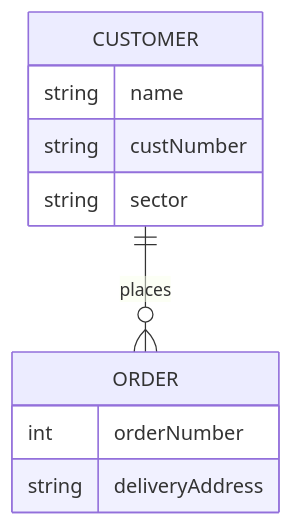
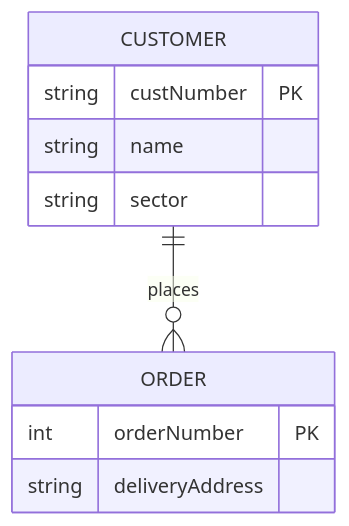
Before and after one commit to zi-ang-liu/jb-database: the third of 3 diagrams in database/contents/er_model/er_model.md, drawn with Mermaid.

````diff
--- a/database/contents/er_model/er_model.md
+++ b/database/contents/er_model/er_model.md
@@ -119,13 +119,13 @@
 ```{mermaid}
 erDiagram
     CUSTOMER ||--o{ ORDER : places
     CUSTOMER {
+        string custNumber PK
         string name
-        string custNumber
         string sector
     }
     ORDER {
-        int orderNumber
+        int orderNumber PK
         string deliveryAddress
     }
 ```
````
